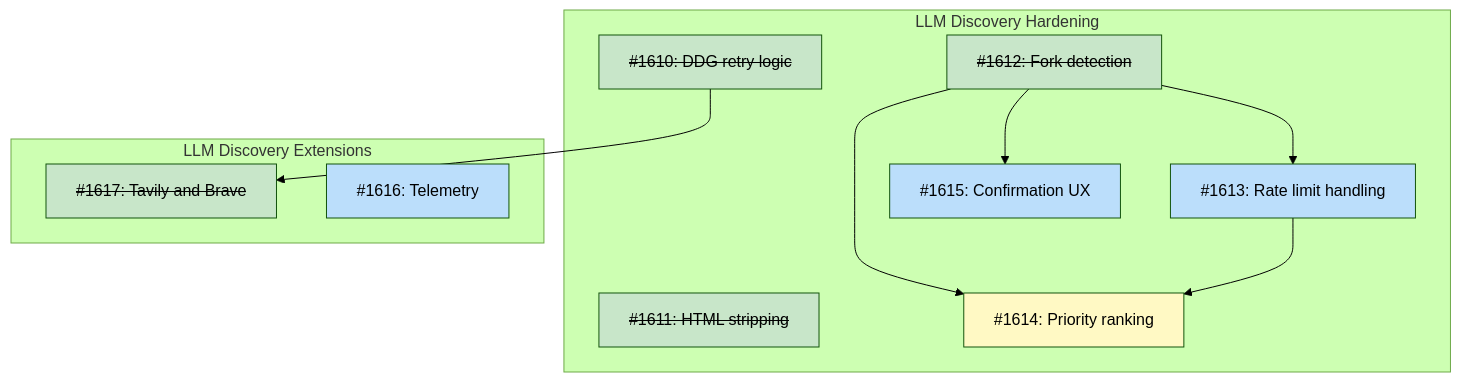
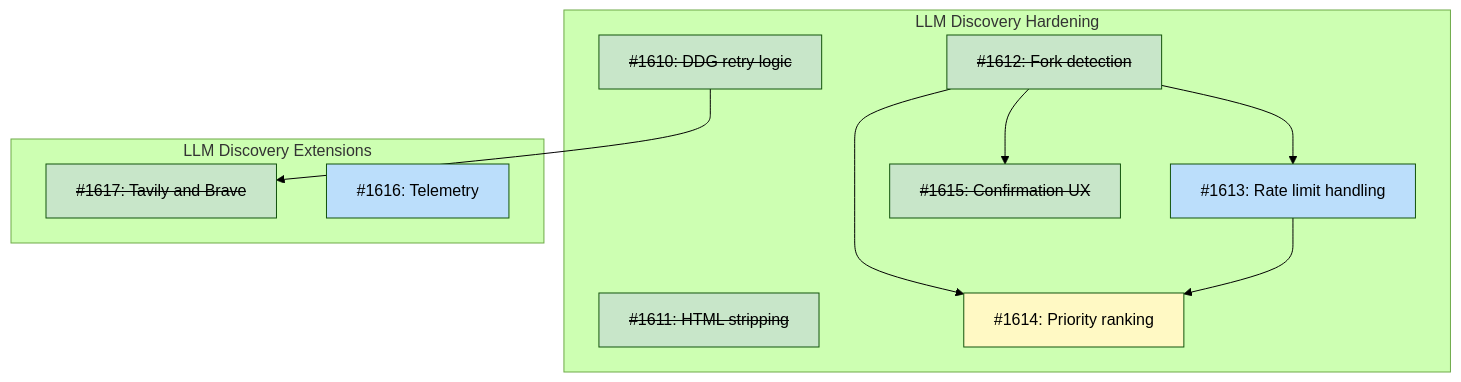
One commit to tsukumogami/tsuku changed the diagram in docs/designs/DESIGN-llm-discovery-implementation.md. Above: the diagram before and after it, drawn with Mermaid (forest theme). The commit also changed other lines of this file and 1 other file, not shown here.

Commit message:
docs: mark issue #1615 as done in design diagram

````diff
--- a/docs/designs/DESIGN-llm-discovery-implementation.md
+++ b/docs/designs/DESIGN-llm-discovery-implementation.md
@@ -61,31 +61,31 @@
 ```mermaid
 graph TD
     subgraph Hardening["LLM Discovery Hardening"]
         I1610["<s>#1610: DDG retry logic</s>"]
         I1611["<s>#1611: HTML stripping</s>"]
         I1612["<s>#1612: Fork detection</s>"]
         I1613["#1613: Rate limit handling"]
         I1614["#1614: Priority ranking"]
-        I1615["#1615: Confirmation UX"]
+        I1615["<s>#1615: Confirmation UX</s>"]
     end
 
     subgraph Extensions["LLM Discovery Extensions"]
         I1617["<s>#1617: Tavily and Brave</s>"]
         I1616["#1616: Telemetry"]
     end
 
     I1610 --> I1617
     I1612 --> I1613
     I1612 --> I1614
     I1612 --> I1615
     I1613 --> I1614
 
     classDef done fill:#c8e6c9
     classDef ready fill:#bbdefb
     classDef blocked fill:#fff9c4
     classDef needsDesign fill:#e1bee7
 
-    class I1610,I1611,I1612,I1617 done
-    class I1613,I1615,I1616 ready
+    class I1610,I1611,I1612,I1615,I1617 done
+    class I1613,I1616 ready
     class I1614 blocked
 ```
````
